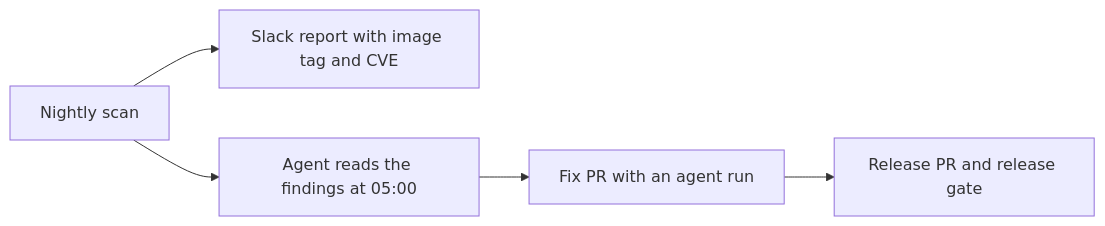
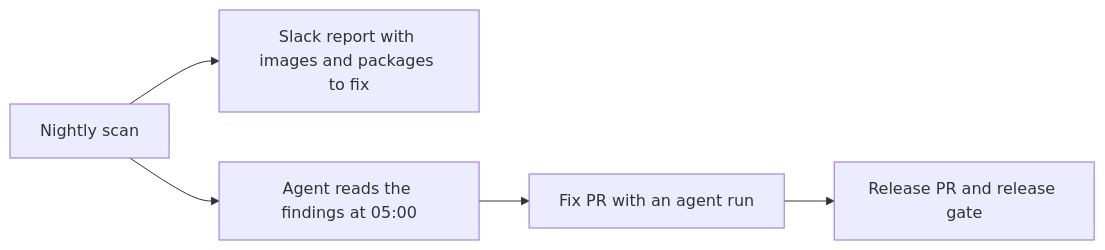
The fourth of 4 diagrams in docs/security/image-vulnerabilities.md (Unique-AG/connectors), drawn with Mermaid before and after one commit. The commit also changed other lines of this file, not shown here.

Commit message:
docs(main): describe the Slack report as images and packages to fix

````diff
--- a/docs/security/image-vulnerabilities.md
+++ b/docs/security/image-vulnerabilities.md
@@ -113,7 +113,7 @@
 ```mermaid
 flowchart LR
-  scan[Nightly scan] --> slack[Slack report with image tag and CVE]
+  scan[Nightly scan] --> slack[Slack report with images and packages to fix]
   scan --> agent[Agent reads the findings at 05:00]
   agent --> fix[Fix PR with an agent run]
   fix --> release[Release PR and release gate]
 ```
````
